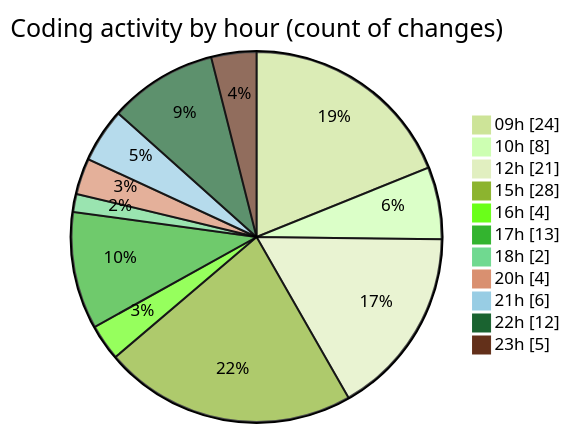
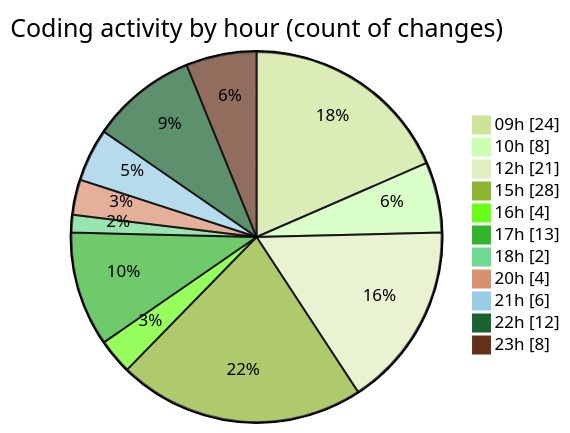
Before and after one commit to lephambinh05/code-tracking: the second of 2 diagrams in 2025-08-18/rentotp/README.md, drawn with Mermaid (forest theme). The commit also changed other lines of this file and 1 other file, not shown here.

````diff
--- a/2025-08-18/rentotp/README.md
+++ b/2025-08-18/rentotp/README.md
@@ -71,15 +71,15 @@
 ```mermaid
 pie showData
 title Coding activity by hour (count of changes)
 "09h" : 24
 "10h" : 8
 "12h" : 21
 "15h" : 28
 "16h" : 4
 "17h" : 13
 "18h" : 2
 "20h" : 4
 "21h" : 6
 "22h" : 12
-"23h" : 5
+"23h" : 8
 ```
````
